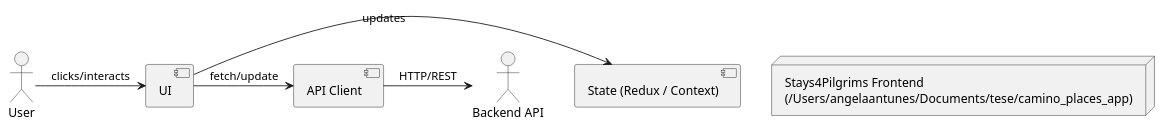
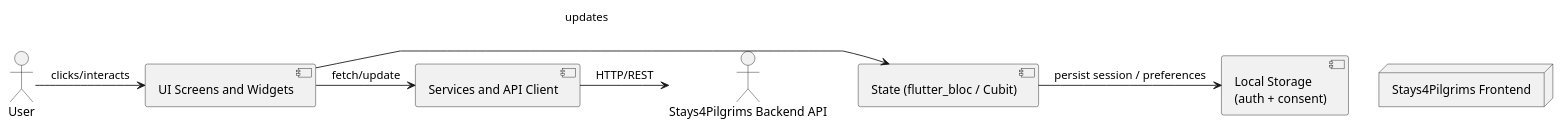
The diagram in docs/diagrams/frontend-architecture.puml (alegna83/cookbook-be), drawn with PlantUML before and after one commit. The commit also changed 39 other files, not shown here.

Commit message:
docs(diagrams): normalize accommodation naming and refresh thesis references

```diff
--- a/docs/diagrams/frontend-architecture.puml
+++ b/docs/diagrams/frontend-architecture.puml
@@ -1,12 +1,14 @@
 @startuml
 ' Frontend architecture
 actor User
-node "Stays4Pilgrims Frontend\n(/Users/angelaantunes/Documents/tese/camino_places_app)" as FE
-component "UI" as UI
-component "State (Redux / Context)" as State
-component "API Client" as Client
+node "Stays4Pilgrims Frontend" as FE
+component "UI Screens and Widgets" as UI
+component "State (flutter_bloc / Cubit)" as State
+component "Services and API Client" as Client
+component "Local Storage\n(auth + consent)" as Storage
 User -> UI : clicks/interacts
 UI -> State : updates
 UI -> Client : fetch/update
-Client -> "Backend API" : HTTP/REST
+State -> Storage : persist session / preferences
+Client -> "Stays4Pilgrims Backend API" : HTTP/REST
 @enduml
```
